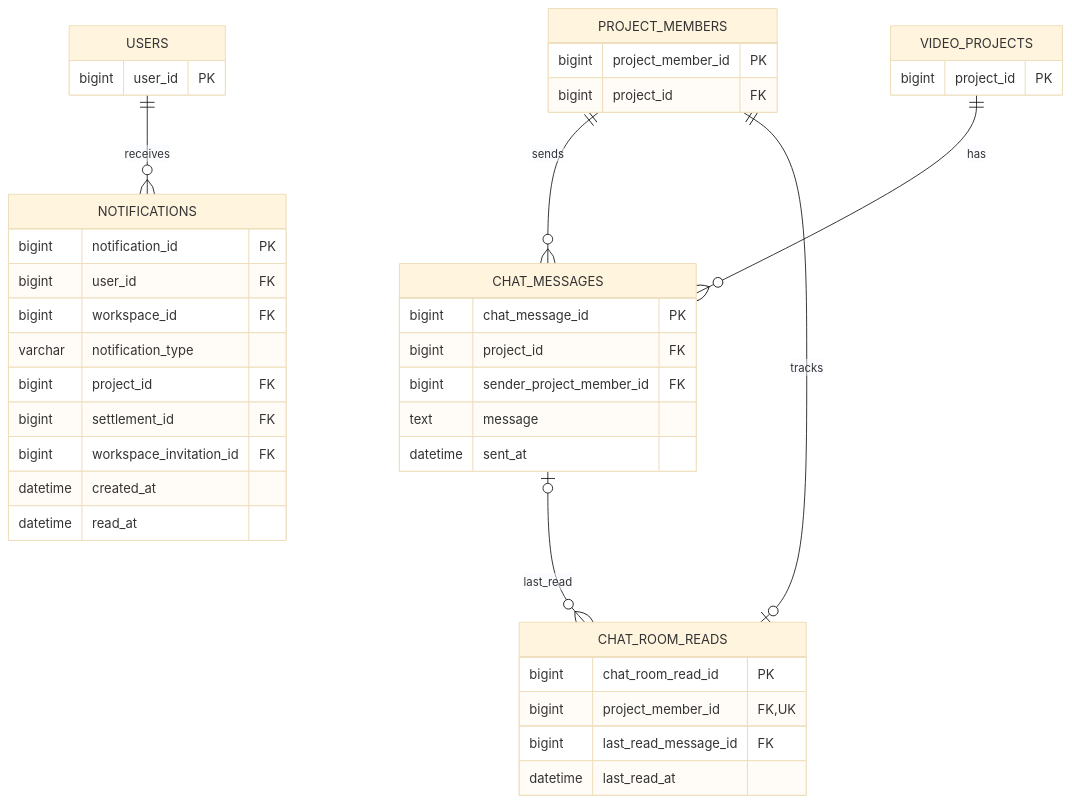
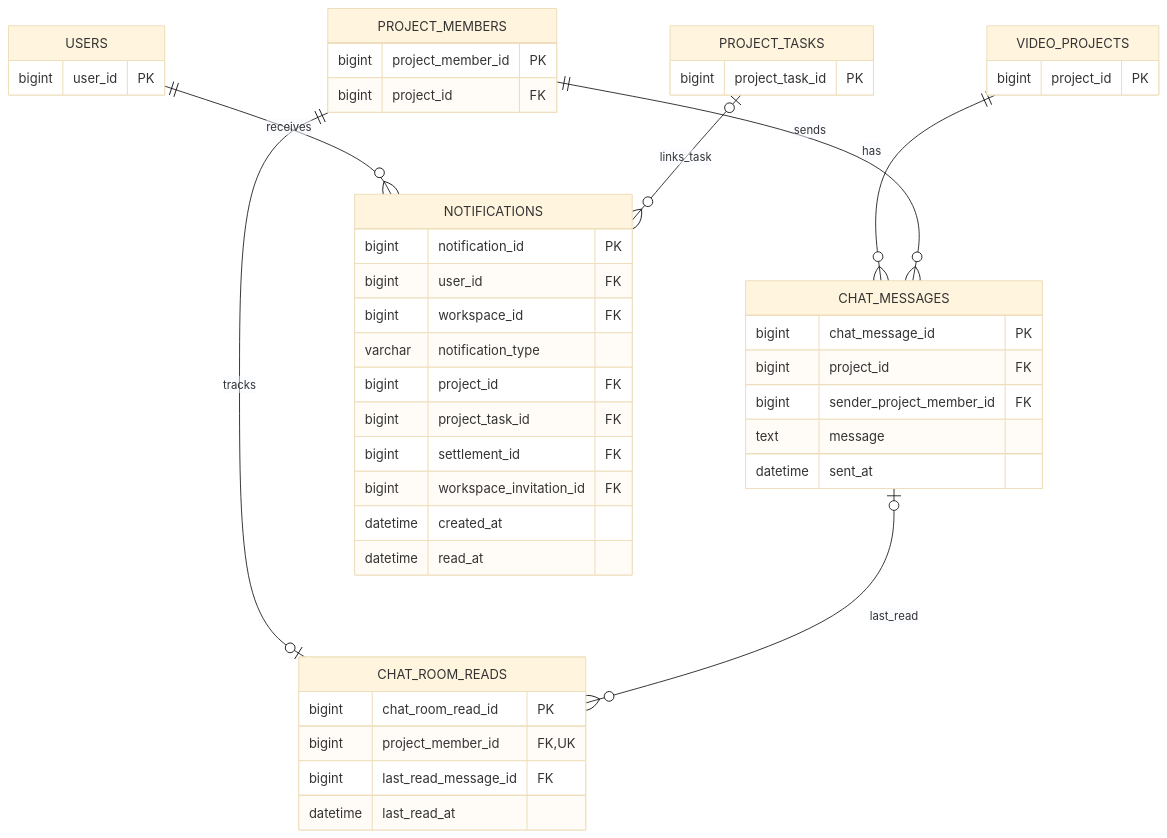
The fourth of 6 diagrams in docs/design/데이터베이스 설계 및 ERD.md (heebaek200/yms-project), drawn with Mermaid (base theme) before and after one commit. The commit also changed other lines of this file and 8 other files, not shown here.

Commit message:
#18 아래 구현 보완 및 검토 - 작업 목록 페이지네이션 초기화 문제 - 담당 자격 상실 시 상태 변경 API 차단 누락 - Task 알림 수신자 정책 미반영 - Task 수정 정책 불일치 - 마지막 Task 완료 시 Project 상태 처리 - 확정 정산 Task의 오류 코드 통일

````diff
--- a/docs/design/데이터베이스 설계 및 ERD.md
+++ b/docs/design/데이터베이스 설계 및 ERD.md
@@ -1308,48 +1312,54 @@
 ```mermaid
 erDiagram
     VIDEO_PROJECTS {
         bigint project_id PK
     }
 
     PROJECT_MEMBERS {
         bigint project_member_id PK
         bigint project_id FK
     }
 
     CHAT_MESSAGES {
         bigint chat_message_id PK
         bigint project_id FK
         bigint sender_project_member_id FK
         text message
         datetime sent_at
     }
 
     CHAT_ROOM_READS {
         bigint chat_room_read_id PK
         bigint project_member_id FK,UK
         bigint last_read_message_id FK
         datetime last_read_at
     }
 
     USERS {
         bigint user_id PK
     }
 
+    PROJECT_TASKS {
+        bigint project_task_id PK
+    }
+
     NOTIFICATIONS {
         bigint notification_id PK
         bigint user_id FK
         bigint workspace_id FK
         varchar notification_type
         bigint project_id FK
+        bigint project_task_id FK
         bigint settlement_id FK
         bigint workspace_invitation_id FK
         datetime created_at
         datetime read_at
     }
 
     VIDEO_PROJECTS ||--o{ CHAT_MESSAGES : has
     PROJECT_MEMBERS ||--o{ CHAT_MESSAGES : sends
     PROJECT_MEMBERS ||--o| CHAT_ROOM_READS : tracks
     CHAT_MESSAGES o|--o{ CHAT_ROOM_READS : last_read
     USERS ||--o{ NOTIFICATIONS : receives
+    PROJECT_TASKS o|--o{ NOTIFICATIONS : links_task
 ```
````
